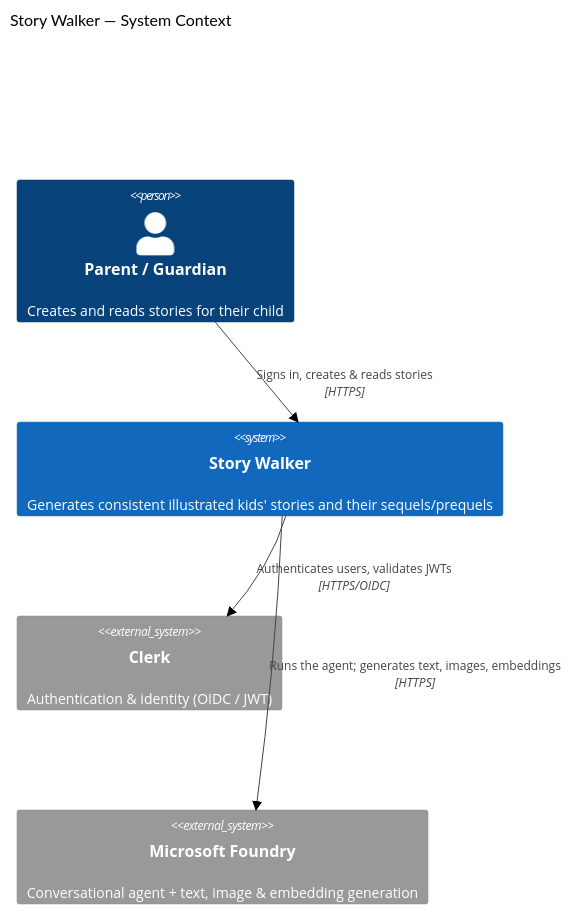
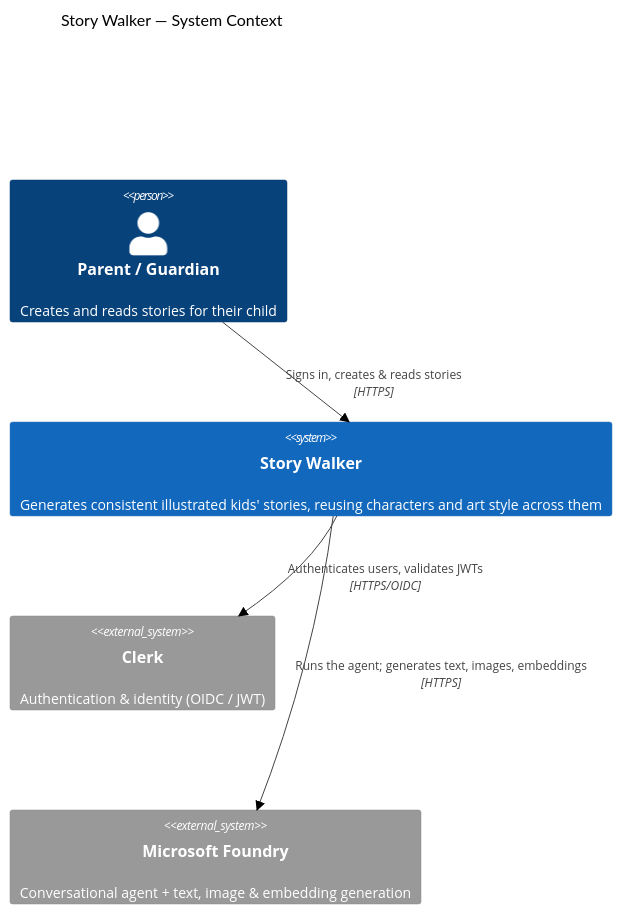
One commit to Luega/story_walker changed the first of 3 diagrams in docs/diagrams/c4-context-container.md. Above: the diagram before and after it, drawn with Mermaid (neutral theme). The commit also changed other lines of this file and 21 other files, not shown here.

````diff
--- a/docs/diagrams/c4-context-container.md
+++ b/docs/diagrams/c4-context-container.md
@@ -11,17 +11,17 @@
 ```mermaid
 C4Context
     title Story Walker — System Context
 
     Person(parent, "Parent / Guardian", "Creates and reads stories for their child")
 
-    System(storyWalker, "Story Walker", "Generates consistent illustrated kids' stories and their sequels/prequels")
+    System(storyWalker, "Story Walker", "Generates consistent illustrated kids' stories, reusing characters and art style across them")
 
     System_Ext(clerk, "Clerk", "Authentication & identity (OIDC / JWT)")
     System_Ext(foundry, "Microsoft Foundry", "Conversational agent + text, image & embedding generation")
 
     Rel(parent, storyWalker, "Signs in, creates & reads stories", "HTTPS")
     Rel(storyWalker, clerk, "Authenticates users, validates JWTs", "HTTPS/OIDC")
     Rel(storyWalker, foundry, "Runs the agent; generates text, images, embeddings", "HTTPS")
 
     UpdateLayoutConfig($c4ShapeInRow="2", $c4BoundaryInRow="1")
 ```
````
